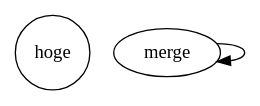
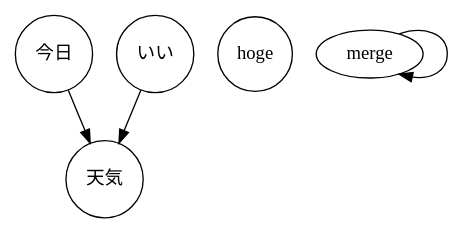
The diagram in dest/merge.dot (d0iasm/graph-docs), drawn with Graphviz before and after one commit. The commit also changed 6 other files, not shown here.

```diff
--- a/dest/merge.dot
+++ b/dest/merge.dot
@@ -1,63 +1,175 @@
 digraph root {
-	graph [bb="0,0,158.15,56"];
+	graph [bb="0,0,310.39,152.99"];
 	node [label="\N"];
+	{
+		node [label="\N",
+			shape=circle
+		];
+		今日		 [height=0.81243,
+			label=今日,
+			pos="29.247,123.74",
+			shape=circle,
+			width=0.81243];
+		天気		 [height=0.81243,
+			label=天気,
+			pos="67.247,29.247",
+			shape=circle,
+			width=0.81243];
+		今日 -> 天気		 [pos="e,56.433,56.571 40.035,96.484 43.926,87.013 48.386,76.157 52.554,66.012"];
+		いい		 [height=0.81243,
+			label=いい,
+			pos="105.25,123.74",
+			shape=circle,
+			width=0.81243];
+		いい -> 天気		 [pos="e,78.062,56.571 94.46,96.484 90.569,87.013 86.109,76.157 81.941,66.012"];
+	}
 	subgraph root {
-		graph [bb="0,0,158.09,55.895"];
+		graph [bb="0,0,158.15,56"];
 		node [height="",
 			label="\N",
 			pos="",
 			shape="",
 			width=""
 		];
 		edge [pos=""];
-		{
-			graph [bb="0,0,158.09,55.895"];
-			node [height="",
-				label="\N",
-				pos="",
-				shape=circle,
-				width=""
-			];
-			edge [pos=""];
-			hoge			 [height=0.77778,
-				label=hoge,
-				pos="28,28",
-				shape=circle,
-				width=0.77778];
-		}
 		subgraph root {
-			graph [bb="0,0,84.294,36"];
+			graph [bb="0,0,158.15,56"];
 			node [height="",
 				label="\N",
 				pos="",
 				shape="",
 				width=""
 			];
 			edge [pos=""];
 			subgraph root {
-				graph [bb="0,0,84.294,36"];
+				graph [bb="0,0,158.15,56"];
 				node [height="",
 					label="\N",
 					pos="",
 					shape="",
 					width=""
 				];
 				edge [pos=""];
 				subgraph root {
-					graph [bb="0,0,84.294,36"];
+					graph [bb="0,0,158.15,56"];
 					node [height="",
 						label="\N",
 						pos="",
 						shape="",
 						width=""
 					];
 					edge [pos=""];
-					merge					 [height=0.5,
-						pos="107,28",
-						width=0.92075];
-					merge -> merge					 [pos="e,137.96,21.257 137.96,34.743 149.08,34.888 158.15,32.641 158.15,28 158.15,24.882 154.05,22.844 148,21.887"];
+					subgraph root {
+						graph [bb="0,0,158.15,56"];
+						node [height="",
+							label="\N",
+							pos="",
+							shape="",
+							width=""
+						];
+						edge [pos=""];
+						subgraph root {
+							graph [bb="0,0,158.15,56"];
+							node [height="",
+								label="\N",
+								pos="",
+								shape="",
+								width=""
+							];
+							edge [pos=""];
+							subgraph root {
+								graph [bb="0,0,158.15,56"];
+								node [height="",
+									label="\N",
+									pos="",
+									shape="",
+									width=""
+								];
+								edge [pos=""];
+								subgraph root {
+									graph [bb="0,0,158.15,56"];
+									node [height="",
+										label="\N",
+										pos="",
+										shape="",
+										width=""
+									];
+									edge [pos=""];
+									subgraph root {
+										graph [bb="0,0,158.15,56"];
+										node [height="",
+											label="\N",
+											pos="",
+											shape="",
+											width=""
+										];
+										edge [pos=""];
+										subgraph root {
+											graph [bb="0,0,158.09,55.895"];
+											node [height="",
+												label="\N",
+												pos="",
+												shape="",
+												width=""
+											];
+											edge [pos=""];
+											{
+												graph [bb="0,0,158.09,55.895"];
+												node [height="",
+													label="\N",
+													pos="",
+													shape=circle,
+													width=""
+												];
+												edge [pos=""];
+												hoge												 [height=0.77778,
+													label=hoge,
+													pos="180.25,123.74",
+													shape=circle,
+													width=0.77778];
+											}
+											subgraph root {
+												graph [bb="0,0,84.294,36"];
+												node [height="",
+													label="\N",
+													pos="",
+													shape="",
+													width=""
+												];
+												edge [pos=""];
+												subgraph root {
+													graph [bb="0,0,84.294,36"];
+													node [height="",
+														label="\N",
+														pos="",
+														shape="",
+														width=""
+													];
+													edge [pos=""];
+													subgraph root {
+														graph [bb="0,0,84.294,36"];
+														node [height="",
+															label="\N",
+															pos="",
+															shape="",
+															width=""
+														];
+														edge [pos=""];
+														merge														 [height=0.5,
+															pos="259.25,123.74",
+															width=0.92075];
+														merge -> merge														 [pos="e,278.13,108.81 278.13,138.68 293.91,145.06 310.39,140.08 310.39,123.74 310.39,110.85 300.13,105.03 288.05,106.28"];
+													}
+												}
+											}
+										}
+									}
+								}
+							}
+						}
+					}
 				}
 			}
 		}
 	}
 }
```
